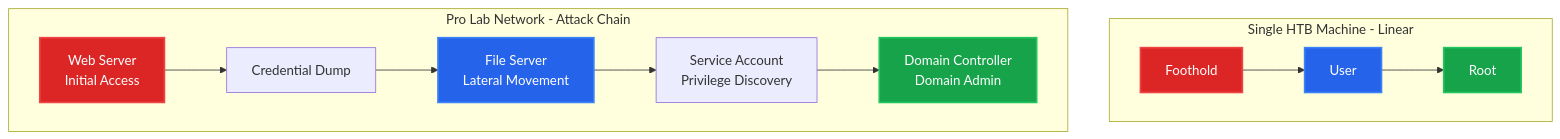
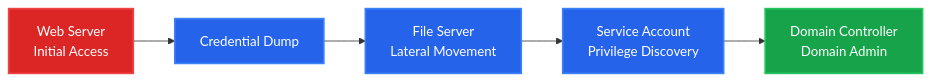
One commit to backspace-shmackspace/bksp.ca changed the second of 2 diagrams in site/src/content/posts/hackthebox-to-boardroom.md. Above: the diagram before and after it, drawn with Mermaid.

Commit message:
Simplify attack chain diagram to show only Pro Lab network
Removed the single-machine linear diagram and kept only the Pro Lab attack chain that demonstrates the full pivot chain concept. Changed to left-right flow for better horizontal reading.

````diff
--- a/site/src/content/posts/hackthebox-to-boardroom.md
+++ b/site/src/content/posts/hackthebox-to-boardroom.md
@@ -69,22 +69,13 @@
 ```mermaid
-graph TD
-    subgraph "Single HTB Machine - Linear"
-    A1[Foothold] --> B1[User]
-    B1 --> C1[Root]
-    end
+graph LR
+    A[Web Server<br/>Initial Access] --> B[Credential Dump]
+    B --> C[File Server<br/>Lateral Movement]
+    C --> D[Service Account<br/>Privilege Discovery]
+    D --> E[Domain Controller<br/>Domain Admin]
 
-    subgraph "Pro Lab Network - Attack Chain"
-    A2[Web Server<br/>Initial Access] --> B2[Credential Dump]
-    B2 --> C2[File Server<br/>Lateral Movement]
-    C2 --> D2[Service Account<br/>Privilege Discovery]
-    D2 --> E2[Domain Controller<br/>Domain Admin]
-    end
-
-    style A1 fill:#dc2626,stroke:#ef4444,stroke-width:2px,color:#fff
-    style B1 fill:#2563eb,stroke:#3b82f6,stroke-width:2px,color:#fff
-    style C1 fill:#16a34a,stroke:#22c55e,stroke-width:2px,color:#fff
-
-    style A2 fill:#dc2626,stroke:#ef4444,stroke-width:2px,color:#fff
-    style C2 fill:#2563eb,stroke:#3b82f6,stroke-width:2px,color:#fff
-    style E2 fill:#16a34a,stroke:#22c55e,stroke-width:2px,color:#fff
+    style A fill:#dc2626,stroke:#ef4444,stroke-width:2px,color:#fff
+    style B fill:#2563eb,stroke:#3b82f6,stroke-width:2px,color:#fff
+    style C fill:#2563eb,stroke:#3b82f6,stroke-width:2px,color:#fff
+    style D fill:#2563eb,stroke:#3b82f6,stroke-width:2px,color:#fff
+    style E fill:#16a34a,stroke:#22c55e,stroke-width:2px,color:#fff
 ```
````
